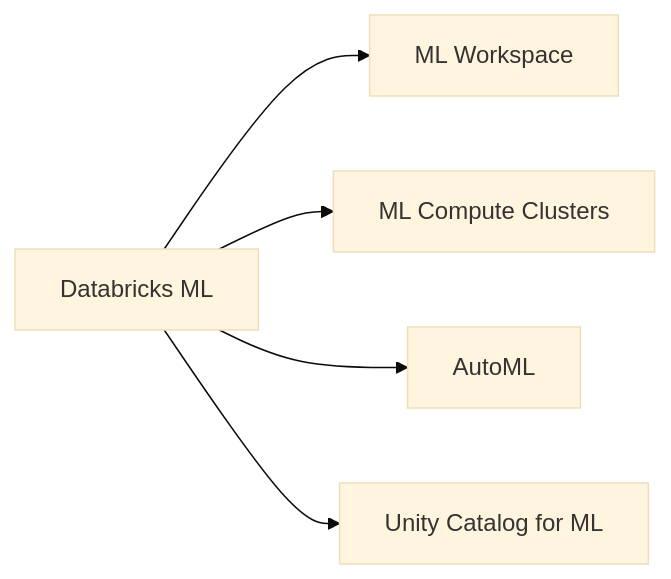
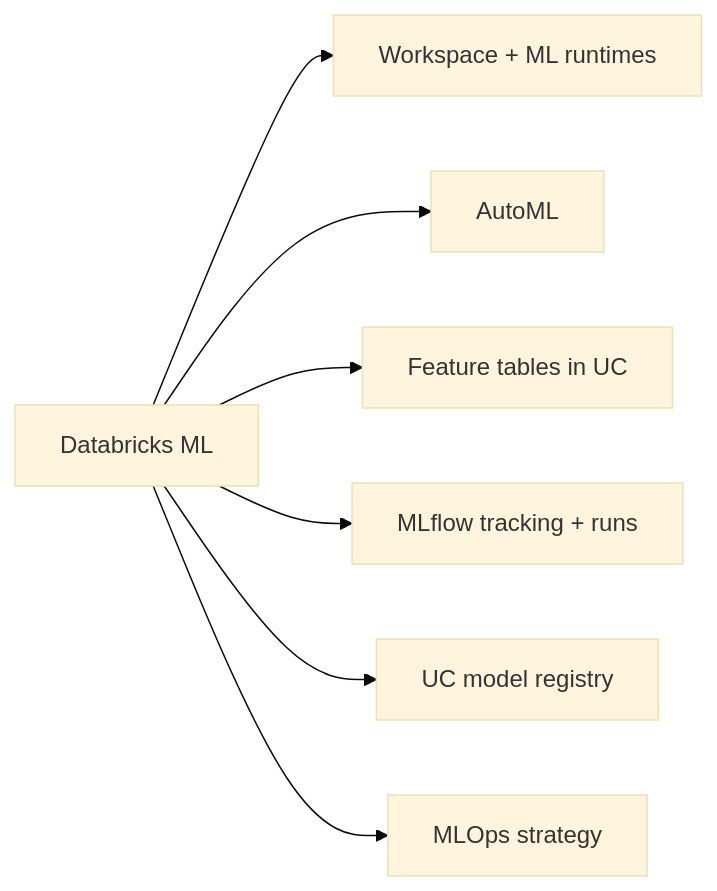
The diagram in certifications/ml-associate/01-databricks-machine-learning/README.md (kengio/databricks-certification-study-guide), drawn with Mermaid (base theme) before and after one commit. The commit also changed other lines of this file and 50 other files, not shown here.

````diff
--- a/certifications/ml-associate/01-databricks-machine-learning/README.md
+++ b/certifications/ml-associate/01-databricks-machine-learning/README.md
@@ -17,7 +20,9 @@
 ```mermaid
 flowchart LR
-    DML[Databricks ML] --> WS[ML Workspace]
-    DML --> CC[ML Compute Clusters]
+    DML[Databricks ML] --> Plat[Workspace + ML runtimes]
     DML --> AML[AutoML]
-    DML --> UC[Unity Catalog for ML]
+    DML --> FS[Feature tables in UC]
+    DML --> MLF[MLflow tracking + runs]
+    DML --> Reg[UC model registry]
+    DML --> Ops[MLOps strategy]
 ```
````
